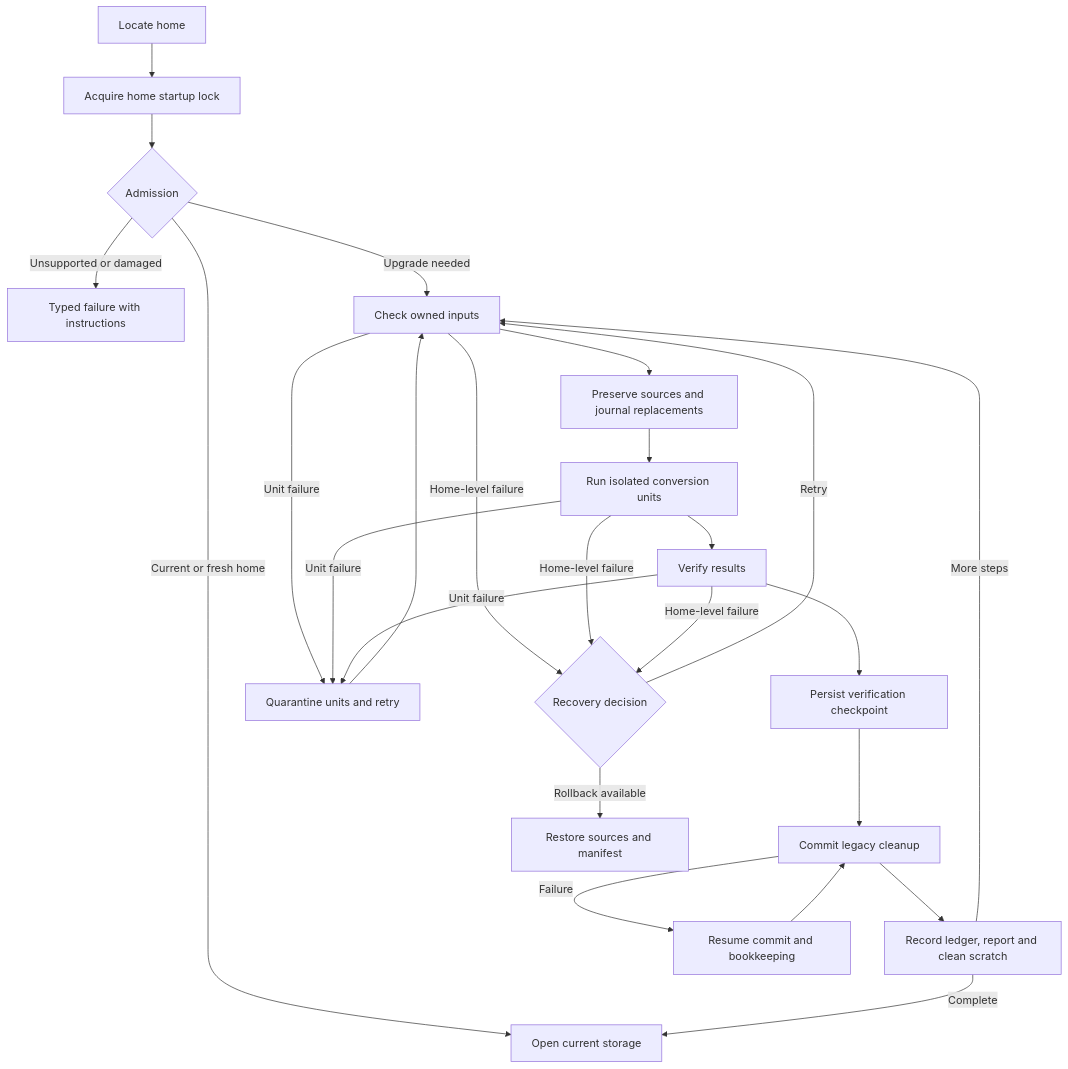
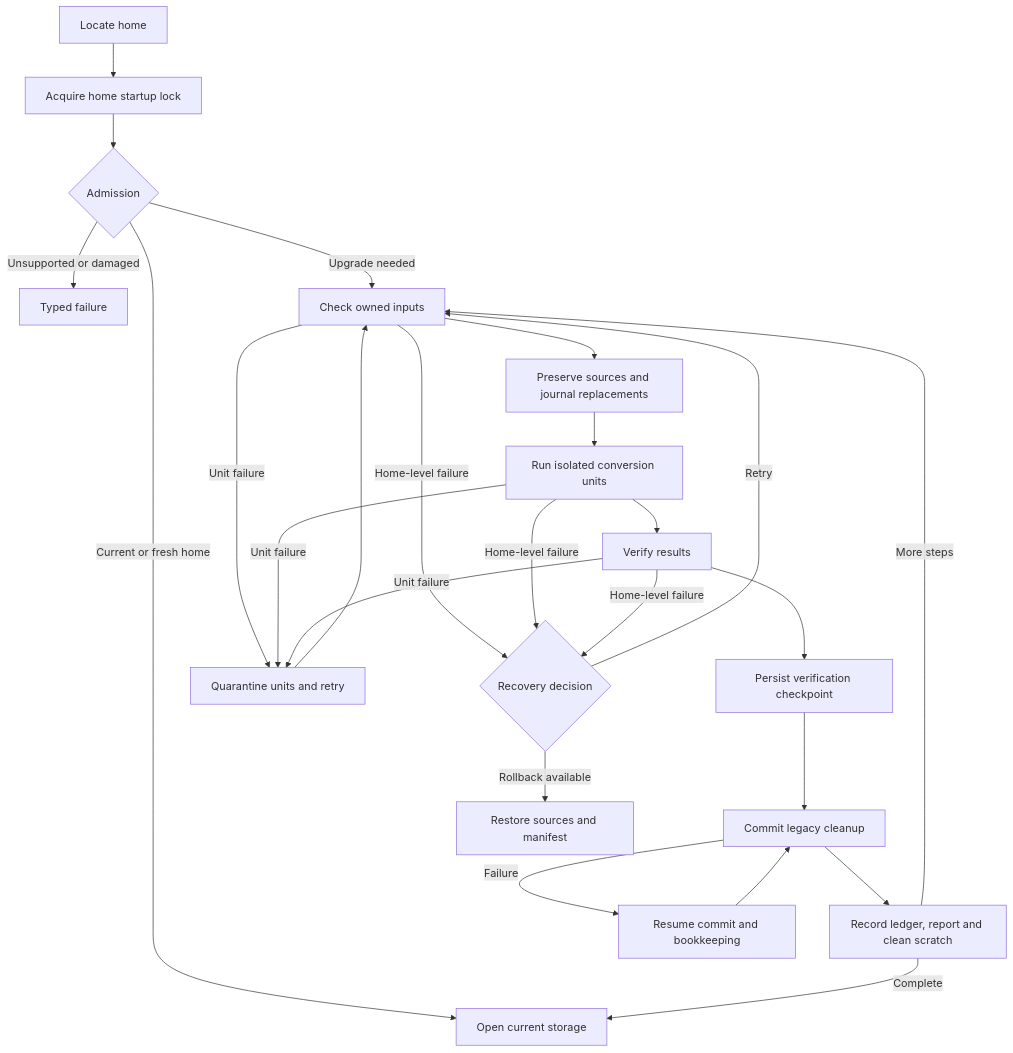
The diagram in docs/architecture/migrations.md (ThilinaTLM/nerve), drawn with Mermaid before and after one commit. The commit also changed other lines of this file and 28 other files, not shown here.

First line of the commit message:
docs: tighten architecture docs and remove implemented fork proposal

````diff
--- a/docs/architecture/migrations.md
+++ b/docs/architecture/migrations.md
@@ -7,27 +7,27 @@
 ```mermaid
 flowchart TD
   detect[Locate home] --> lock[Acquire home startup lock]
   lock --> admit{Admission}
-  admit -->|Unsupported or damaged| stop[Typed failure with instructions]
+  admit -->|Unsupported or damaged| stop[Typed failure]
   admit -->|Current or fresh home| open[Open current storage]
   admit -->|Upgrade needed| check[Check owned inputs]
   check --> preserve[Preserve sources and journal replacements]
   preserve --> run[Run isolated conversion units]
   run --> verify[Verify results]
   verify --> marker[Persist verification checkpoint]
   marker --> commit[Commit legacy cleanup]
   commit --> ledger[Record ledger, report and clean scratch]
   ledger -->|More steps| check
   ledger -->|Complete| open
   check -->|Unit failure| aside[Quarantine units and retry]
   run -->|Unit failure| aside
   verify -->|Unit failure| aside
   aside --> check
   check -->|Home-level failure| decision{Recovery decision}
   run -->|Home-level failure| decision
   verify -->|Home-level failure| decision
   decision -->|Retry| check
   decision -->|Rollback available| restore[Restore sources and manifest]
   commit -->|Failure| resume[Resume commit and bookkeeping]
   resume --> commit
 ```
````
